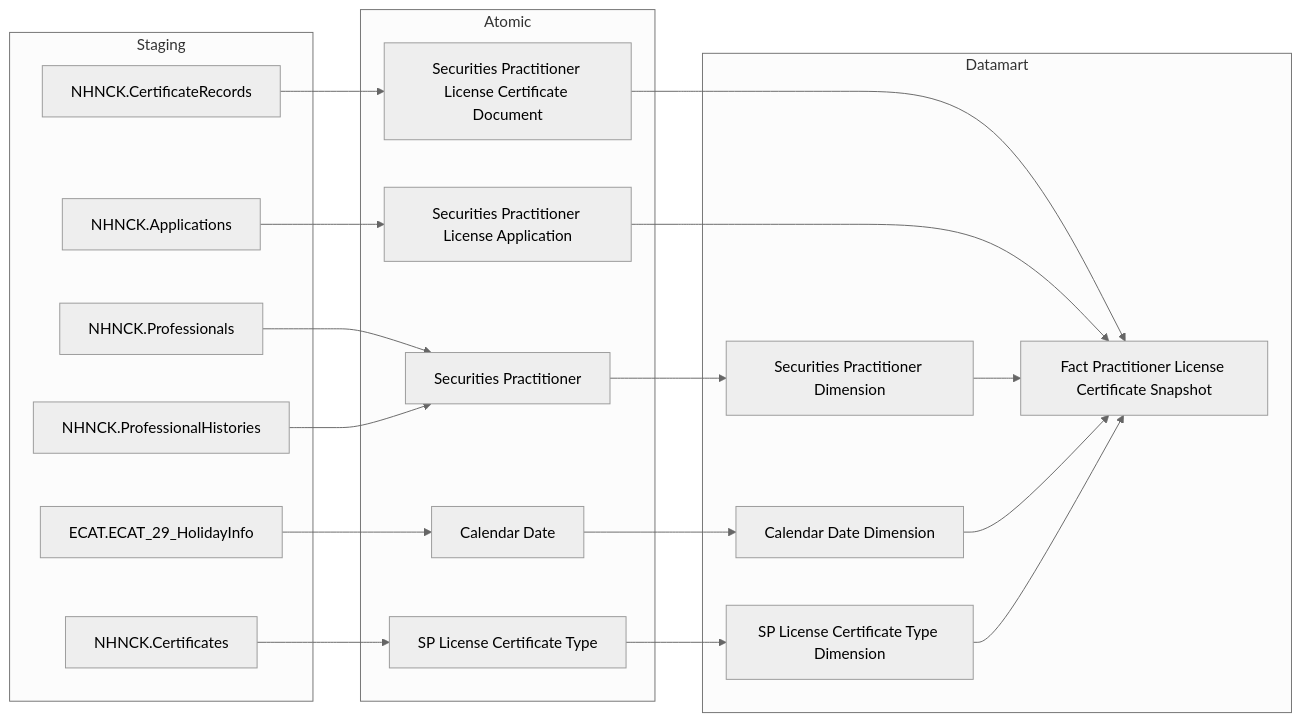
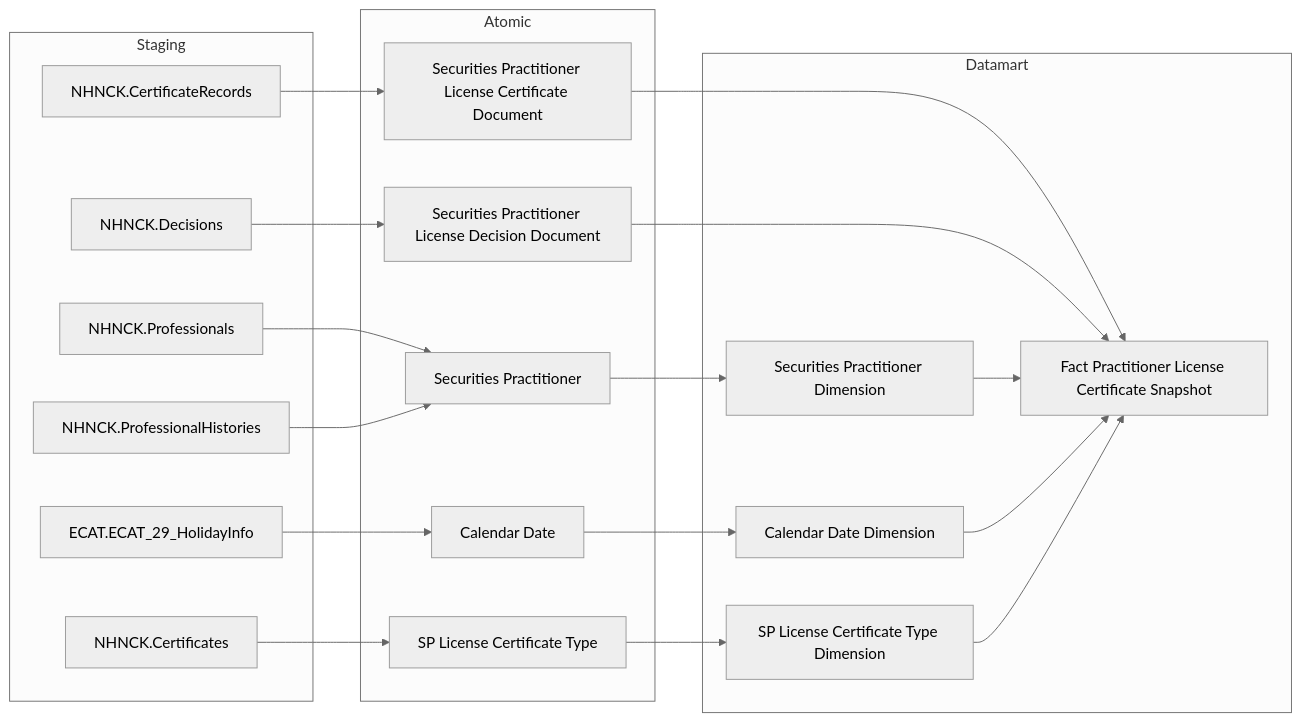
Before and after one commit to linhlvit/ubck_atomic_design: the first of 40 diagrams in Datamart/hld/DTM_NHNCK_HLD.md, drawn with Mermaid (neutral theme). The commit also changed other lines of this file and 60 other files, not shown here.

````diff
--- a/Datamart/hld/DTM_NHNCK_HLD.md
+++ b/Datamart/hld/DTM_NHNCK_HLD.md
@@ -15,43 +15,43 @@
 ```mermaid
 flowchart LR
     subgraph SRC["Staging"]
         NHNCK_CertificateRecords["NHNCK.CertificateRecords"]
-        NHNCK_Applications["NHNCK.Applications"]
+        NHNCK_Decisions["NHNCK.Decisions"]
         NHNCK_Professionals["NHNCK.Professionals"]
         NHNCK_ProfessionalHistories["NHNCK.ProfessionalHistories"]
         NHNCK_Certificates["NHNCK.Certificates"]
         ECAT_ECAT_29_HolidayInfo["ECAT.ECAT_29_HolidayInfo"]
     end
 
     subgraph SIL["Atomic"]
         Securities_Practitioner_License_Certificate_Document["Securities Practitioner License Certificate Document"]
-        Securities_Practitioner_License_Application["Securities Practitioner License Application"]
+        Securities_Practitioner_License_Decision_Document["Securities Practitioner License Decision Document"]
         Securities_Practitioner["Securities Practitioner"]
         Calendar_Date["Calendar Date"]
         SP_License_Certificate_Type["SP License Certificate Type"]
     end
 
     subgraph GOLD["Datamart"]
         fct_practitioner_license_certificate_snpst["Fact Practitioner License Certificate Snapshot"]
         securities_practitioner_dim["Securities Practitioner Dimension"]
         cdr_dt_dim["Calendar Date Dimension"]
         sp_license_certificate_type_dim["SP License Certificate Type Dimension"]
     end
 
     NHNCK_CertificateRecords --> Securities_Practitioner_License_Certificate_Document
-    NHNCK_Applications --> Securities_Practitioner_License_Application
+    NHNCK_Decisions --> Securities_Practitioner_License_Decision_Document
     NHNCK_Professionals --> Securities_Practitioner
     NHNCK_ProfessionalHistories --> Securities_Practitioner
     NHNCK_Certificates --> SP_License_Certificate_Type
     ECAT_ECAT_29_HolidayInfo --> Calendar_Date
 
     Securities_Practitioner_License_Certificate_Document --> fct_practitioner_license_certificate_snpst
-    Securities_Practitioner_License_Application --> fct_practitioner_license_certificate_snpst
+    Securities_Practitioner_License_Decision_Document --> fct_practitioner_license_certificate_snpst
     Securities_Practitioner --> securities_practitioner_dim
     Calendar_Date --> cdr_dt_dim
     SP_License_Certificate_Type --> sp_license_certificate_type_dim
 
     securities_practitioner_dim --> fct_practitioner_license_certificate_snpst
     cdr_dt_dim --> fct_practitioner_license_certificate_snpst
     sp_license_certificate_type_dim --> fct_practitioner_license_certificate_snpst
 ```
````
